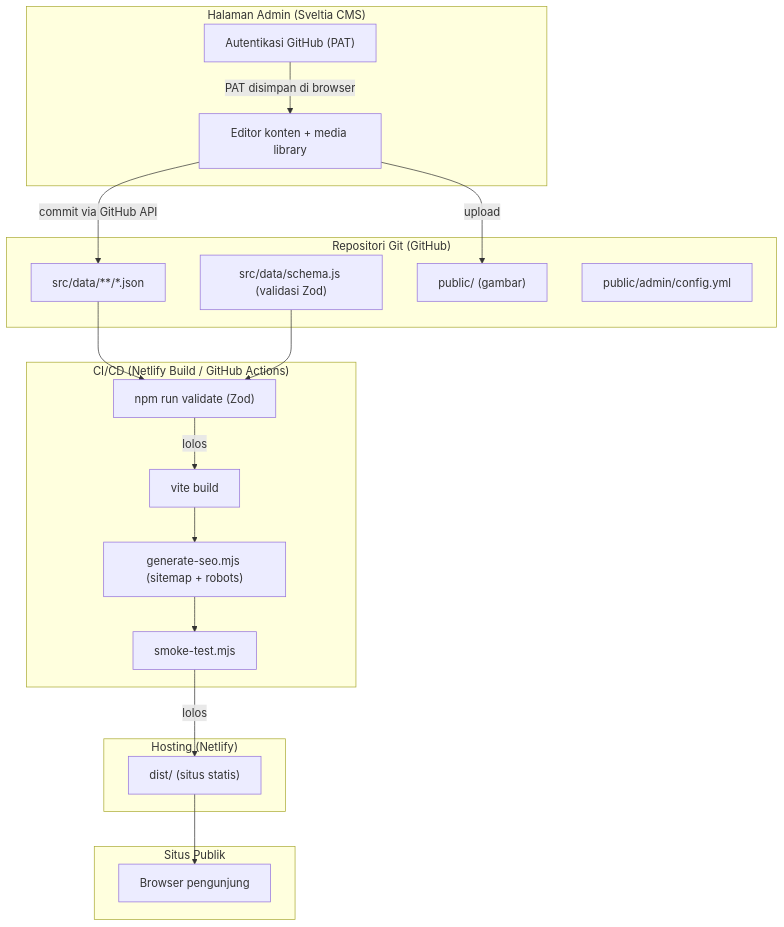
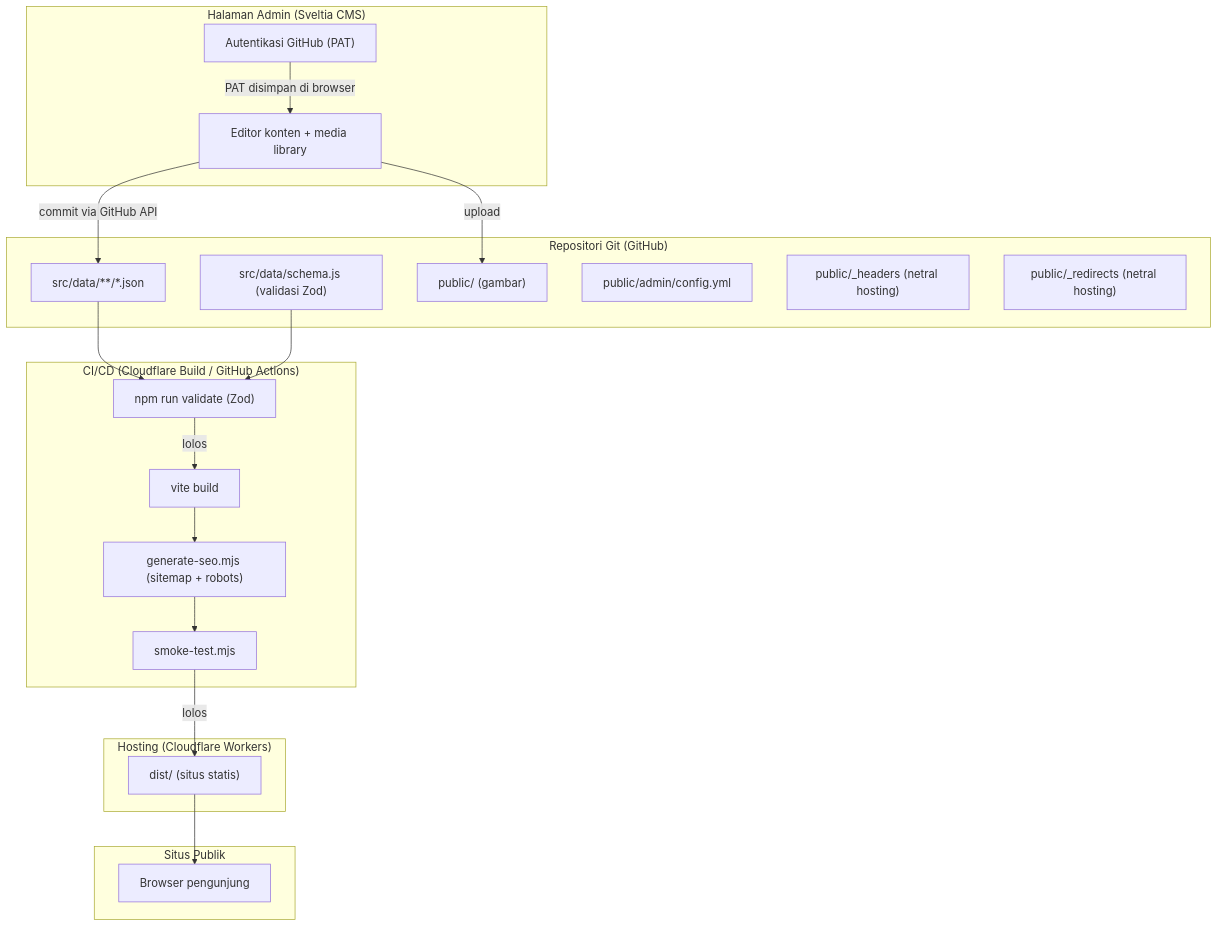
Before and after one commit to dewanugroho/portofolio: the first of 6 diagrams in docs/ARCHITECTURE.md, drawn with Mermaid. The commit also changed other lines of this file and 1 other file, not shown here.

First line of the commit message:
docs: revisi ARCHITECTURE.md dan TASKS.md untuk hosting gratis (Tahap B)

````diff
--- a/docs/ARCHITECTURE.md
+++ b/docs/ARCHITECTURE.md
@@ -9,42 +11,44 @@
 ```mermaid
 flowchart TB
     subgraph Admin["Halaman Admin (Sveltia CMS)"]
         AdminUI["Editor konten + media library"]
         Auth["Autentikasi GitHub (PAT)"]
     end
 
     subgraph Git["Repositori Git (GitHub)"]
         Content["src/data/**/*.json"]
         Schema["src/data/schema.js (validasi Zod)"]
         Media["public/ (gambar)"]
         CMSConfig["public/admin/config.yml"]
+        Headers["public/_headers (netral hosting)"]
+        Redirects["public/_redirects (netral hosting)"]
     end
 
-    subgraph CI["CI/CD (Netlify Build / GitHub Actions)"]
+    subgraph CI["CI/CD (Cloudflare Build / GitHub Actions)"]
         Validate["npm run validate (Zod)"]
         Build["vite build"]
         SEO["generate-seo.mjs (sitemap + robots)"]
         Test["smoke-test.mjs"]
     end
 
-    subgraph Host["Hosting (Netlify)"]
+    subgraph Host["Hosting (Cloudflare Workers)"]
         Static["dist/ (situs statis)"]
     end
 
     subgraph Public["Situs Publik"]
         Browser["Browser pengunjung"]
     end
 
     AdminUI -->|commit via GitHub API| Content
     AdminUI -->|upload| Media
     Auth -->|PAT disimpan di browser| AdminUI
 
     Content --> Validate
     Schema --> Validate
     Validate -->|lolos| Build
     Build --> SEO
     SEO --> Test
     Test -->|lolos| Static
 
     Static --> Browser
 ```
````
